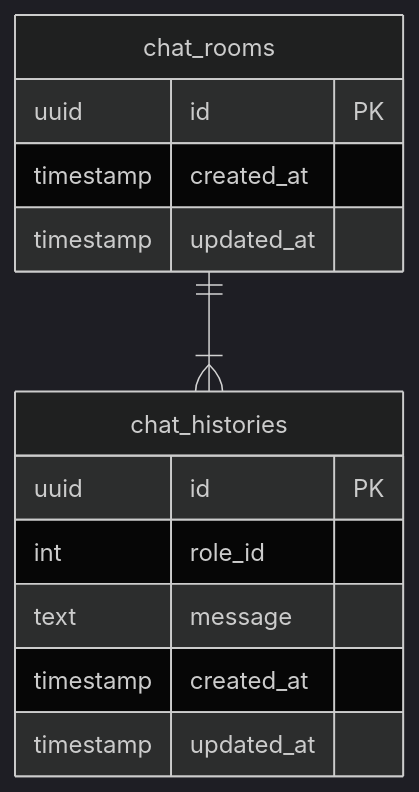
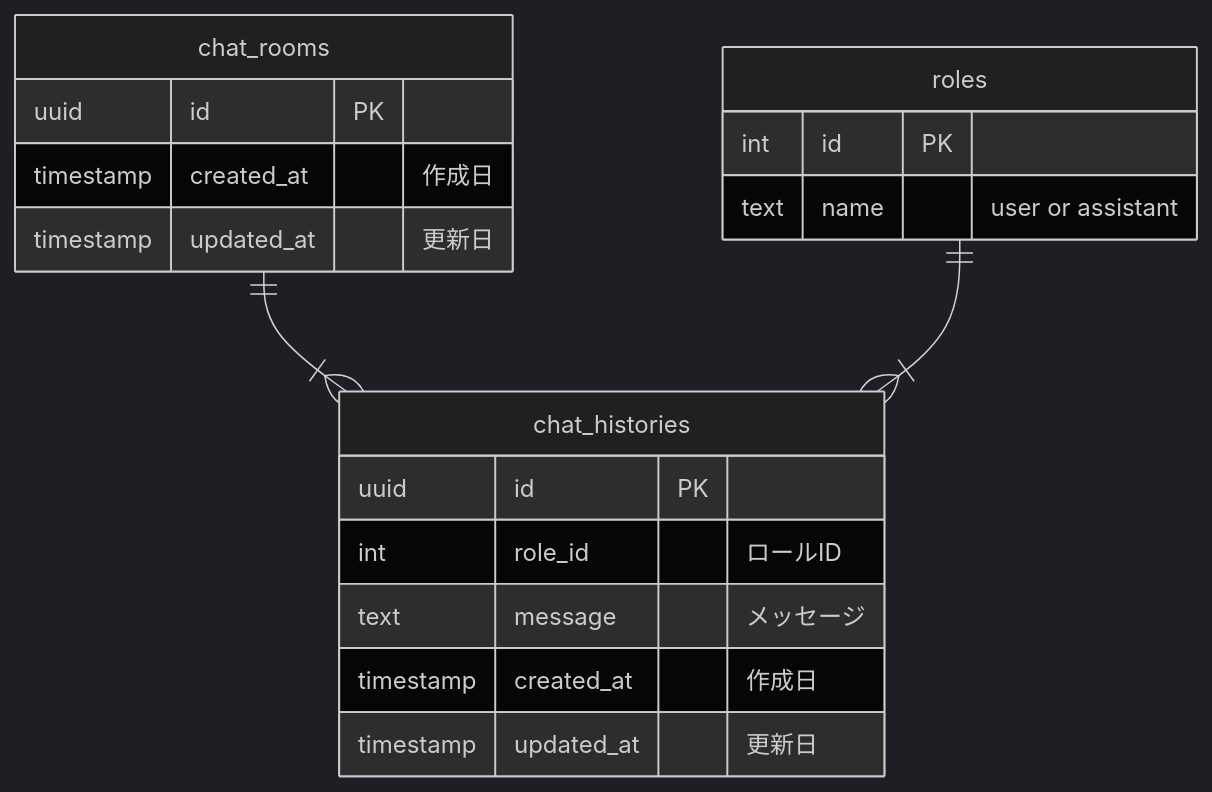
The diagram in documents/er.md (nakajima97/llm-chat-app-server), drawn with Mermaid (dark theme) before and after one commit.

Commit message:
#16 ER図を更新

````diff
--- a/documents/er.md
+++ b/documents/er.md
@@ -1,20 +1,26 @@
 ```mermaid
 erDiagram
 
 chat_rooms ||--|{ chat_histories : ""
+roles ||--|{ chat_histories : ""
+
+roles {
+  int id PK
+  text name "user or assistant"
+}
 
 chat_histories {
   uuid id PK
-  int role_id
-  text message
-  timestamp created_at
-  timestamp updated_at
+  int role_id "ロールID"
+  text message "メッセージ"
+  timestamp created_at "作成日"
+  timestamp updated_at "更新日"
 }
 
 chat_rooms {
   uuid id PK
-  timestamp created_at
-  timestamp updated_at
+  timestamp created_at "作成日"
+  timestamp updated_at "更新日"
 }
 
 ```
````
